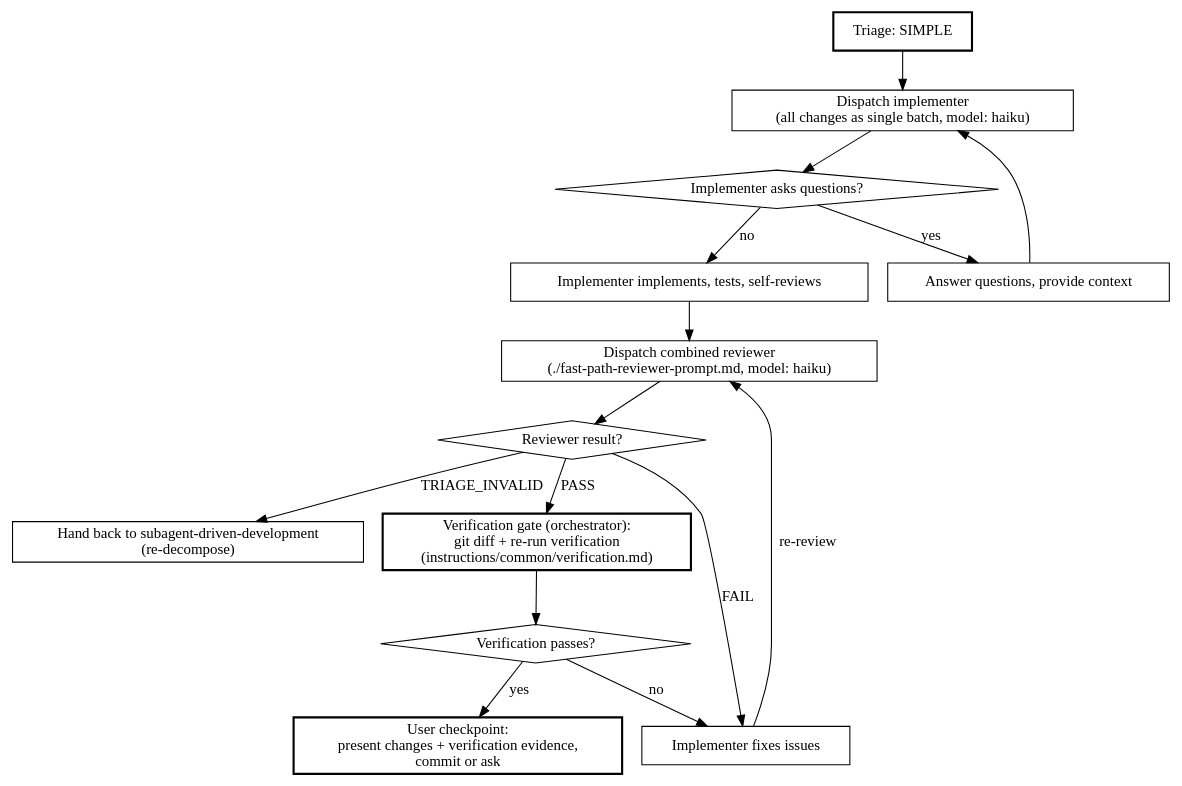
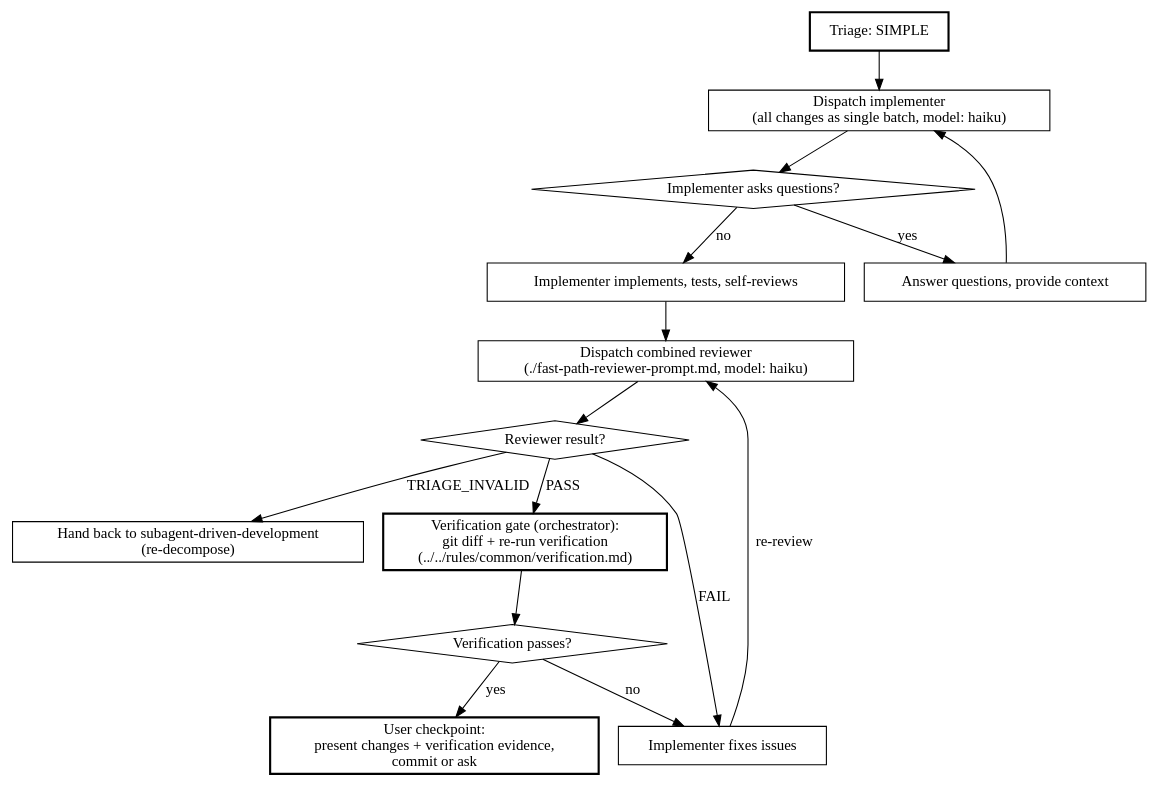
One commit to philipobenito/elelem changed the diagram in skills/fast-path-implementation/SKILL.md. Above: the diagram before and after it, drawn with Graphviz. The commit also changed other lines of this file and 39 other files, not shown here.

````diff
--- a/skills/fast-path-implementation/SKILL.md
+++ b/skills/fast-path-implementation/SKILL.md
@@ -55,33 +57,33 @@
 ```dot
 digraph fast_path {
     rankdir=TB;
 
     "Triage: SIMPLE" [shape=box, style=bold];
     "Dispatch implementer\n(all changes as single batch, model: haiku)" [shape=box];
     "Implementer asks questions?" [shape=diamond];
     "Answer questions, provide context" [shape=box];
     "Implementer implements, tests, self-reviews" [shape=box];
     "Dispatch combined reviewer\n(./fast-path-reviewer-prompt.md, model: haiku)" [shape=box];
     "Reviewer result?" [shape=diamond];
     "Implementer fixes issues" [shape=box];
     "Hand back to subagent-driven-development\n(re-decompose)" [shape=box];
-    "Verification gate (orchestrator):\ngit diff + re-run verification\n(instructions/common/verification.md)" [shape=box, style=bold];
+    "Verification gate (orchestrator):\ngit diff + re-run verification\n(../../rules/common/verification.md)" [shape=box, style=bold];
     "Verification passes?" [shape=diamond];
     "User checkpoint:\npresent changes + verification evidence,\ncommit or ask" [shape=box, style=bold];
 
     "Triage: SIMPLE" -> "Dispatch implementer\n(all changes as single batch, model: haiku)";
     "Dispatch implementer\n(all changes as single batch, model: haiku)" -> "Implementer asks questions?";
     "Implementer asks questions?" -> "Answer questions, provide context" [label="yes"];
     "Answer questions, provide context" -> "Dispatch implementer\n(all changes as single batch, model: haiku)";
     "Implementer asks questions?" -> "Implementer implements, tests, self-reviews" [label="no"];
     "Implementer implements, tests, self-reviews" -> "Dispatch combined reviewer\n(./fast-path-reviewer-prompt.md, model: haiku)";
     "Dispatch combined reviewer\n(./fast-path-reviewer-prompt.md, model: haiku)" -> "Reviewer result?";
-    "Reviewer result?" -> "Verification gate (orchestrator):\ngit diff + re-run verification\n(instructions/common/verification.md)" [label="PASS"];
+    "Reviewer result?" -> "Verification gate (orchestrator):\ngit diff + re-run verification\n(../../rules/common/verification.md)" [label="PASS"];
     "Reviewer result?" -> "Implementer fixes issues" [label="FAIL"];
     "Reviewer result?" -> "Hand back to subagent-driven-development\n(re-decompose)" [label="TRIAGE_INVALID"];
     "Implementer fixes issues" -> "Dispatch combined reviewer\n(./fast-path-reviewer-prompt.md, model: haiku)" [label="re-review"];
-    "Verification gate (orchestrator):\ngit diff + re-run verification\n(instructions/common/verification.md)" -> "Verification passes?";
+    "Verification gate (orchestrator):\ngit diff + re-run verification\n(../../rules/common/verification.md)" -> "Verification passes?";
     "Verification passes?" -> "Implementer fixes issues" [label="no"];
     "Verification passes?" -> "User checkpoint:\npresent changes + verification evidence,\ncommit or ask" [label="yes"];
 }
 ```
````
